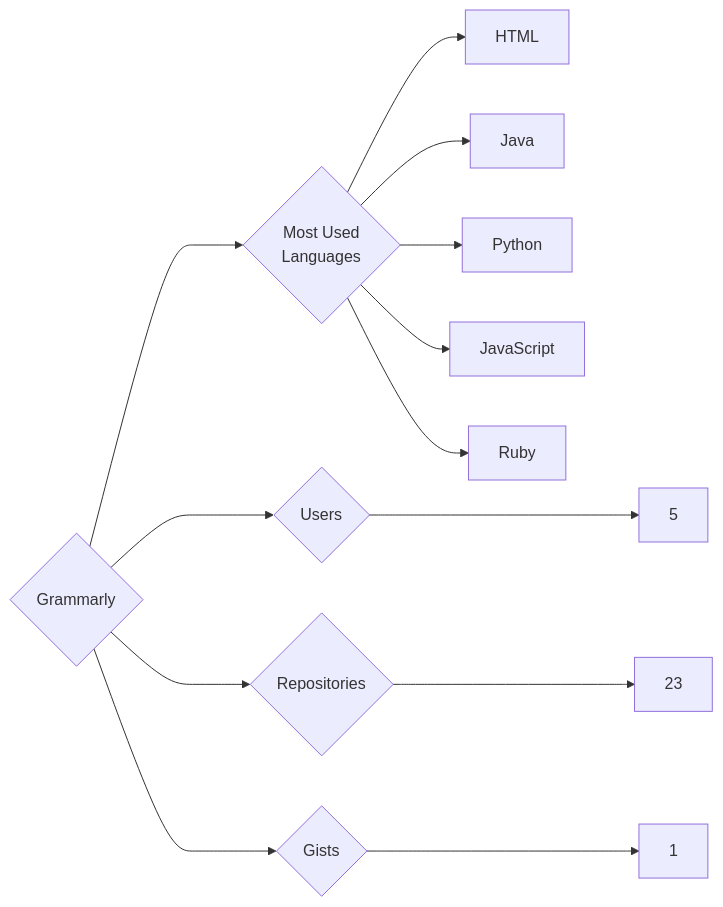
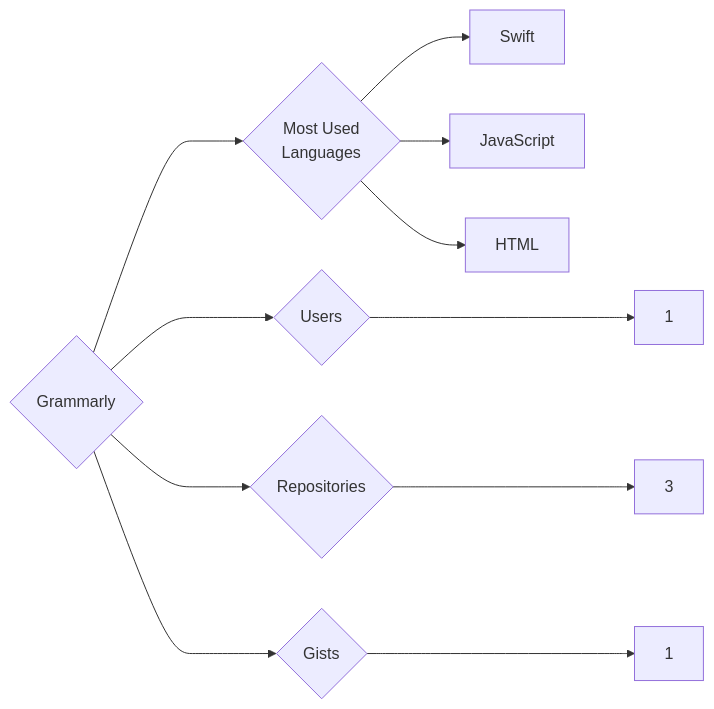
Before and after one commit to trickest/insiders: the diagram in targets/Grammarly/README.md, drawn with Mermaid. The commit also changed 857 other files, not shown here.

````diff
--- a/targets/Grammarly/README.md
+++ b/targets/Grammarly/README.md
@@ -3,13 +3,11 @@
 ```mermaid
 graph LR
 COMPANY_NAME{Grammarly}
-COMPANY_NAME ---> U{Users} ---> UN[5]
-COMPANY_NAME ---> R{Repositories} ---> RN[23]
+COMPANY_NAME ---> U{Users} ---> UN[1]
+COMPANY_NAME ---> R{Repositories} ---> RN[3]
 COMPANY_NAME ---> G{Gists} ---> GN[1]
 COMPANY_NAME ---> ML{Most Used<br>Languages}
+ML --> Swift[Swift]
+ML --> JavaScript[JavaScript]
 ML --> HTML[HTML]
-ML --> Java[Java]
-ML --> Python[Python]
-ML --> JavaScript[JavaScript]
-ML --> Ruby[Ruby]
 ```
````
